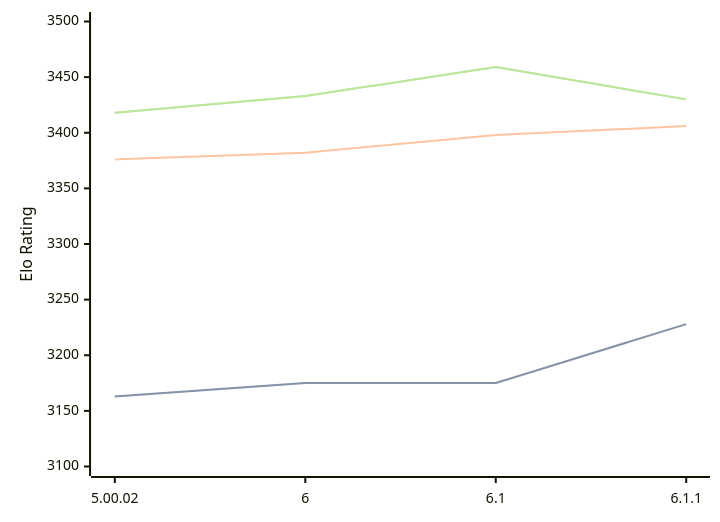
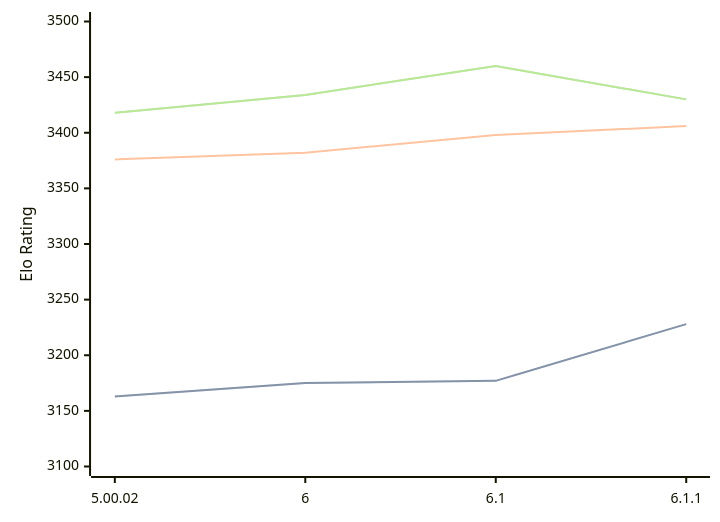
The diagram in engines/Zangdar.md (computer-chess-index/cci), drawn with Mermaid before and after one commit. The commit also changed other lines of this file, not shown here.

Commit message:
Update CCI Ratings (ELO VLTC) - 2026-04-12

````diff
--- a/engines/Zangdar.md
+++ b/engines/Zangdar.md
@@ -46,11 +46,11 @@
 ```mermaid
 %%{init: {"theme":"base","themeVariables":{"seriesColors:['#a3a3a3','#222221','#faa371']}}}%%
 xychart-beta
   x-axis ["5.00.02", "6", "6.1", "6.1.1"]
   y-axis "Elo Rating" 3100 --> 3500
-  line "STC (8.0+0.08s)" [3163, 3175, 3175, 3228]
-  line "STC (8.0+0.08s)" [3163, 3175, 3175, 3228]
+  line "STC (8.0+0.08s)" [3163, 3175, 3177, 3228]
+  line "STC (8.0+0.08s)" [3163, 3175, 3177, 3228]
   line "LTC (60.0+0.60s)" [3376, 3382, 3398, 3406]
-  line "VLTC (2m24s+1.12s)" [3418, 3433, 3459, 3430]
-  line "VLTC (2m24s+1.12s)" [3418, 3433, 3459, 3430]
+  line "VLTC (2m24s+1.12s)" [3418, 3434, 3460, 3430]
+  line "VLTC (2m24s+1.12s)" [3418, 3434, 3460, 3430]
 ```
````
